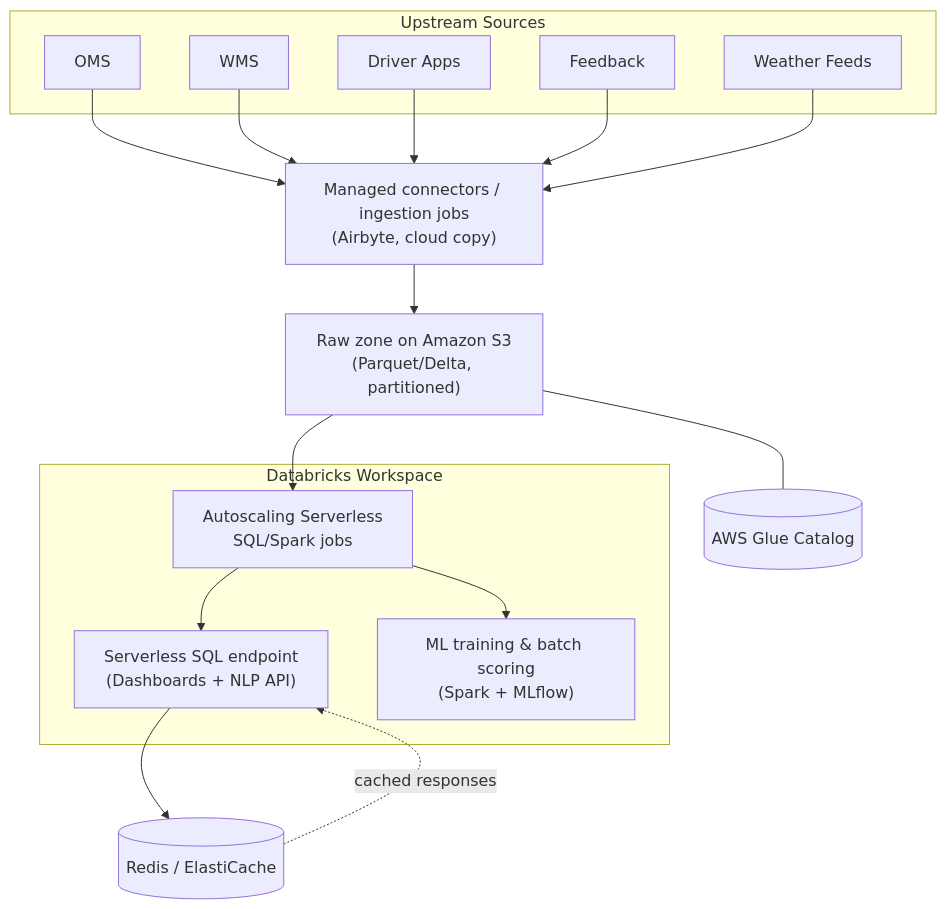
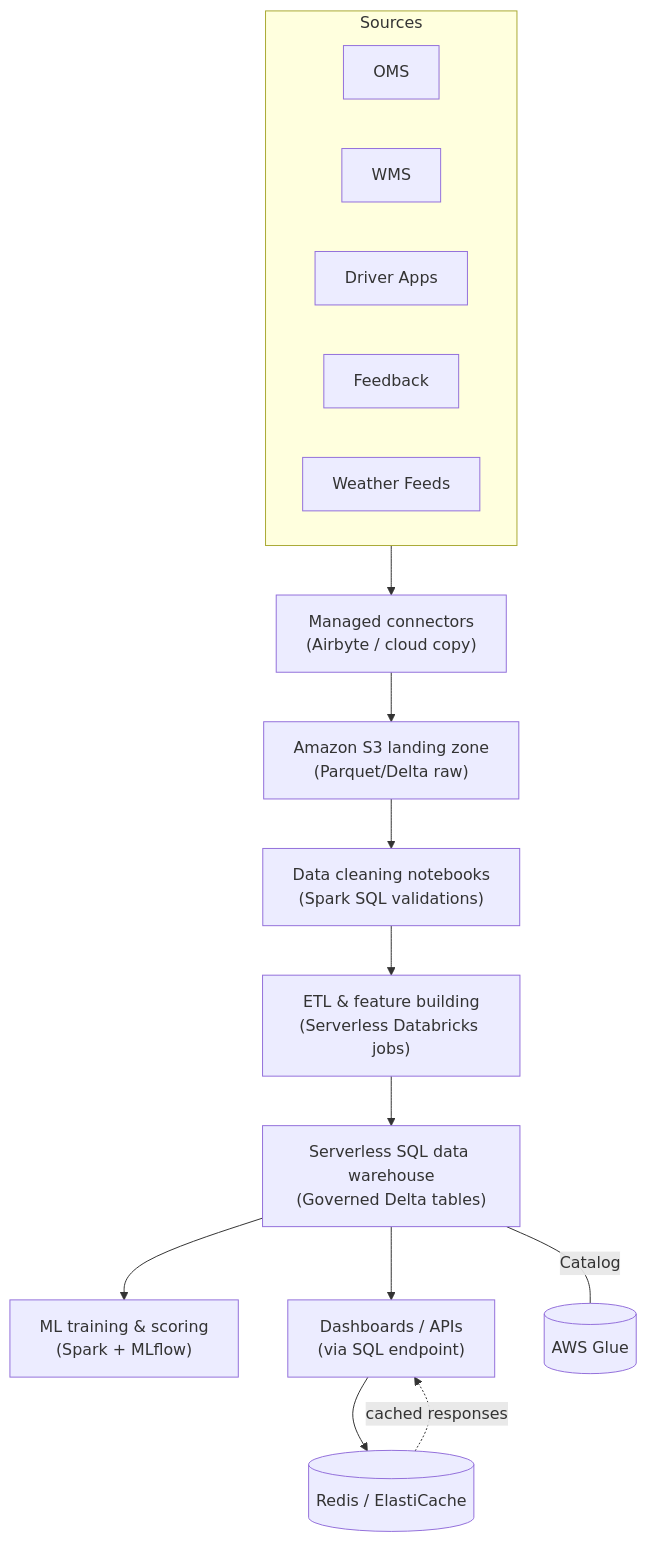
Before and after one commit to dinkarkumardk/3rdAssignment: the first of 3 diagrams in SCALABILITY_AND_DATA_PLATFORM_STRATEGY.md, drawn with Mermaid. The commit also changed other lines of this file, not shown here.

````diff
--- a/SCALABILITY_AND_DATA_PLATFORM_STRATEGY.md
+++ b/SCALABILITY_AND_DATA_PLATFORM_STRATEGY.md
@@ -31,36 +31,27 @@
 ```mermaid
 flowchart TB
-	subgraph Upstream Sources
+	subgraph Sources
 		OMS[OMS]
 		WMS[WMS]
 		Driver[Driver Apps]
 		Feedback[Feedback]
 		Weather[Weather Feeds]
 	end
 
-	Ingest["Managed connectors / ingestion jobs\n(Airbyte, cloud copy)"]
-	RawS3["Raw zone on Amazon S3\n(Parquet/Delta, partitioned)"]
-	Glue[(AWS Glue Catalog)]
-
-	subgraph Databricks Workspace
-		ETL["Autoscaling Serverless\nSQL/Spark jobs"]
-		SQLAPI["Serverless SQL endpoint\n(Dashboards + NLP API)"]
-		ML["ML training & batch scoring\n(Spark + MLflow)"]
-	end
-
+	Ingest["Managed connectors\n(Airbyte / cloud copy)"]
+	Landing["Amazon S3 landing zone\n(Parquet/Delta raw)"]
+	Cleaning["Data cleaning notebooks\n(Spark SQL validations)"]
+	ETL["ETL & feature building\n(Serverless Databricks jobs)"]
+	DataWarehouse["Serverless SQL data warehouse\n(Governed Delta tables)"]
+	ML["ML training & scoring\n(Spark + MLflow)"]
+	Dashboards["Dashboards / APIs\n(via SQL endpoint)"]
 	Redis[(Redis / ElastiCache)]
 
-	OMS --> Ingest
-	WMS --> Ingest
-	Driver --> Ingest
-	Feedback --> Ingest
-	Weather --> Ingest
-
-	Ingest --> RawS3
-	RawS3 --- Glue
-	RawS3 --> ETL
-	ETL --> SQLAPI
-	ETL --> ML
-	SQLAPI --> Redis
-	Redis -. cached responses .-> SQLAPI
+	Sources --> Ingest --> Landing
+	Landing --> Cleaning --> ETL --> DataWarehouse
+	DataWarehouse --> Dashboards
+	DataWarehouse --> ML
+	Dashboards --> Redis
+	Redis -. cached responses .-> Dashboards
+	DataWarehouse --- |Catalog| Glue[(AWS Glue)]
 ```
````
